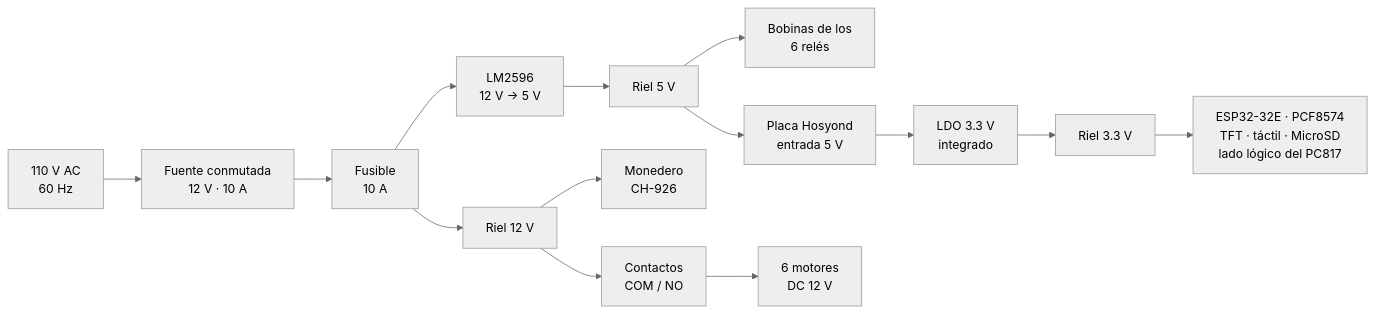
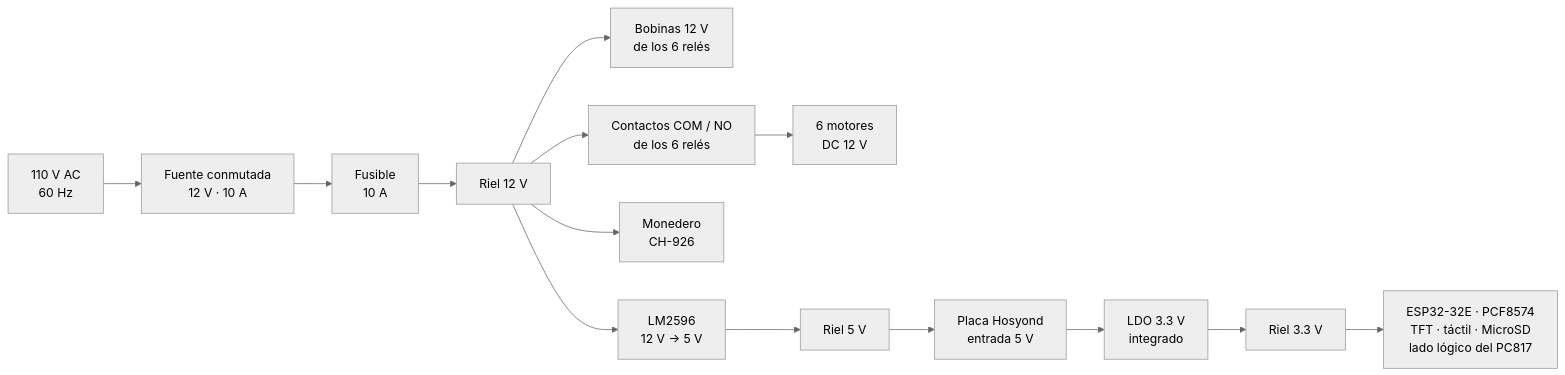
The second of 2 diagrams in Diseño_electronico/ARQUITECTURA_HARDWARE.md (yeremybautista77/Maquina_Expendedora), drawn with Mermaid (neutral theme) before and after one commit. The commit also changed other lines of this file and 1 other file, not shown here.

Commit message:
docs(hardware): corregir power tree a bobinas de 12 V y simplificar tierras

````diff
--- a/Diseño_electronico/ARQUITECTURA_HARDWARE.md
+++ b/Diseño_electronico/ARQUITECTURA_HARDWARE.md
@@ -155,16 +139,16 @@
 ```mermaid
 graph LR
     AC["110 V AC<br/>60 Hz"] --> PSU["Fuente conmutada<br/>12 V · 10 A"]
     PSU --> FUSE["Fusible<br/>10 A"]
     FUSE --> R12["Riel 12 V"]
-    FUSE --> BUCK["LM2596<br/>12 V → 5 V"]
+    R12 --> COILS["Bobinas 12 V<br/>de los 6 relés"]
+    R12 --> COM["Contactos COM / NO<br/>de los 6 relés"]
+    COM --> MOT["6 motores<br/>DC 12 V"]
+    R12 --> COIN["Monedero<br/>CH-926"]
+    R12 --> BUCK["LM2596<br/>12 V → 5 V"]
     BUCK --> R5["Riel 5 V"]
-    R5 --> COILS["Bobinas de los<br/>6 relés"]
     R5 --> BOARD["Placa Hosyond<br/>entrada 5 V"]
     BOARD --> LDO["LDO 3.3 V<br/>integrado"]
     LDO --> R33["Riel 3.3 V"]
-    R12 --> COIN["Monedero<br/>CH-926"]
-    R12 --> COM["Contactos<br/>COM / NO"]
-    COM --> MOT["6 motores<br/>DC 12 V"]
     R33 --> LOADS["ESP32-32E · PCF8574<br/>TFT · táctil · MicroSD<br/>lado lógico del PC817"]
 ```
````
